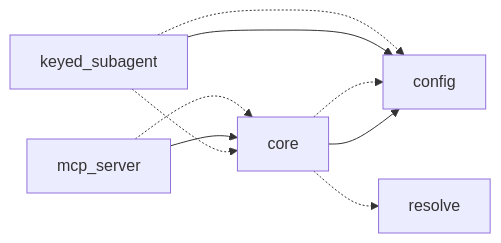
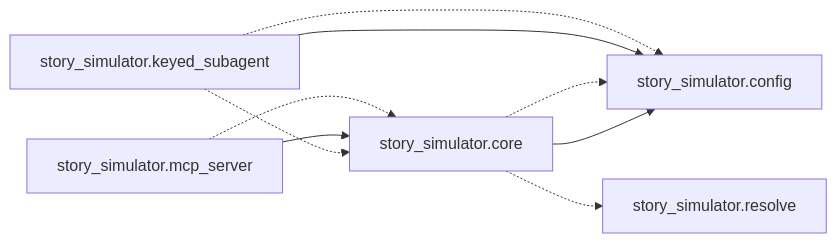
One commit to zhafen/story-simulator changed the diagram in docs/architecture/story_simulator.md. Above: the diagram before and after it, drawn with Mermaid. The commit also changed 1 other file, not shown here.

Commit message:
Regenerate architecture diagrams after pulling latest main
Refreshes the whole-project overview and the event-loop trace from
mcp_server.advance_simulation to reflect recent core.py changes
(pending-event persistence, keyed-subagent time budget).

Claude-Session: https://claude.ai/code/session_01D45bBkZoMMADY7D8E2zGTK

````diff
--- a/docs/architecture/story_simulator.md
+++ b/docs/architecture/story_simulator.md
@@ -5,16 +5,16 @@
 ```mermaid
 flowchart LR
-    n0["config"]
-    n1["core"]
-    n2["keyed_subagent"]
-    n3["mcp_server"]
-    n4["resolve"]
+    n0["story_simulator.config"]
+    n1["story_simulator.core"]
+    n2["story_simulator.keyed_subagent"]
+    n3["story_simulator.mcp_server"]
+    n4["story_simulator.resolve"]
     n1 --> n0
     n1 -.-> n0
     n1 -.-> n4
     n2 --> n0
     n2 -.-> n0
     n2 -.-> n1
     n3 --> n1
     n3 -.-> n1
 ```
````
